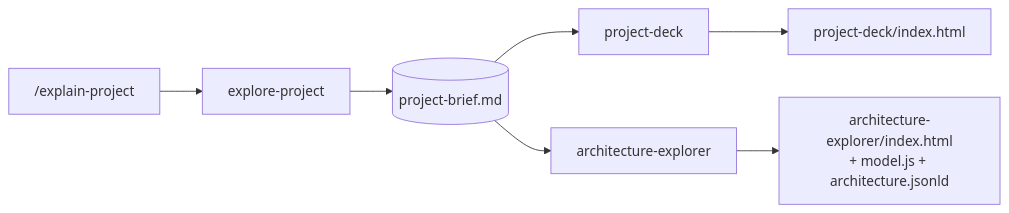
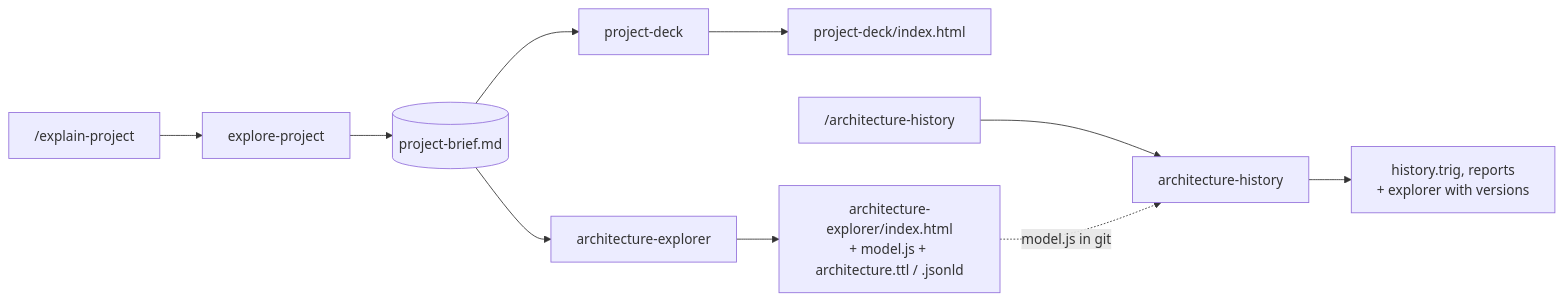
Before and after one commit to caviri/c4-model-agentic-plugin: the diagram in docs/how-it-works.md, drawn with Mermaid. The commit also changed other lines of this file and 31 other files, not shown here.

````diff
--- a/docs/how-it-works.md
+++ b/docs/how-it-works.md
@@ -10,9 +10,12 @@
 ```mermaid
 flowchart LR
   cmd["/explain-project"] --> explore["explore-project"]
   explore --> brief[("project-brief.md")]
   brief --> deck["project-deck"]
   brief --> explorer["architecture-explorer"]
   deck --> d["project-deck/index.html"]
-  explorer --> e["architecture-explorer/index.html<br/>+ model.js + architecture.jsonld"]
+  explorer --> e["architecture-explorer/index.html<br/>+ model.js + architecture.ttl / .jsonld"]
+  hcmd["/architecture-history"] --> hist["architecture-history"]
+  e -. "model.js in git" .-> hist
+  hist --> h["history.trig, reports<br/>+ explorer with versions"]
 ```
````
